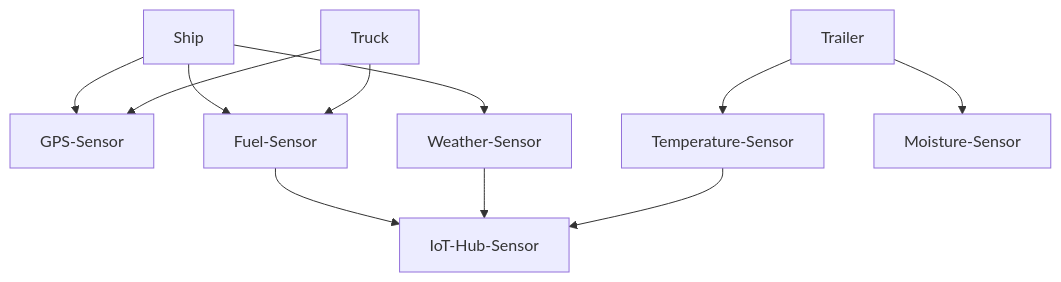
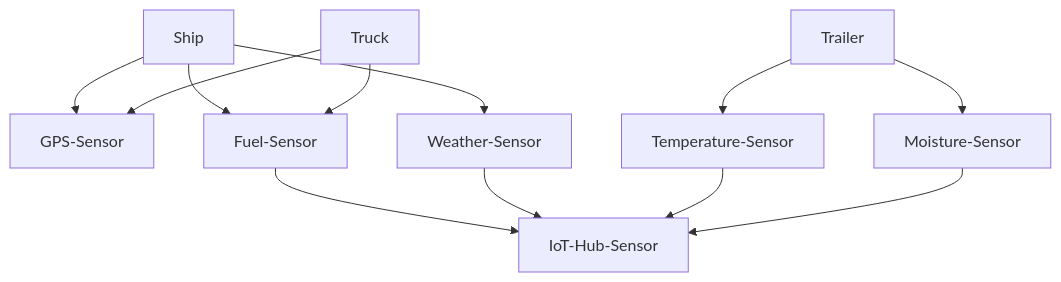
One commit to luebken/platform-example-logistics changed the second of 2 diagrams in demo.md. Above: the diagram before and after it, drawn with Mermaid.

Commit message:
new sensor

````diff
--- a/demo.md
+++ b/demo.md
@@ -29,13 +29,14 @@
 ```mermaid
   graph TD;
       Ship-->GPS-Sensor;
       Ship-->Fuel-Sensor;
       Ship-->Weather-Sensor;
       Truck-->GPS-Sensor;
       Truck-->Fuel-Sensor;
       Trailer-->Temperature-Sensor;
       Trailer-->Moisture-Sensor;
       Fuel-Sensor-->IoT-Hub-Sensor;
       Weather-Sensor-->IoT-Hub-Sensor;
       Temperature-Sensor-->IoT-Hub-Sensor
+      Moisture-Sensor-->IoT-Hub-Sensor
 ```
````
